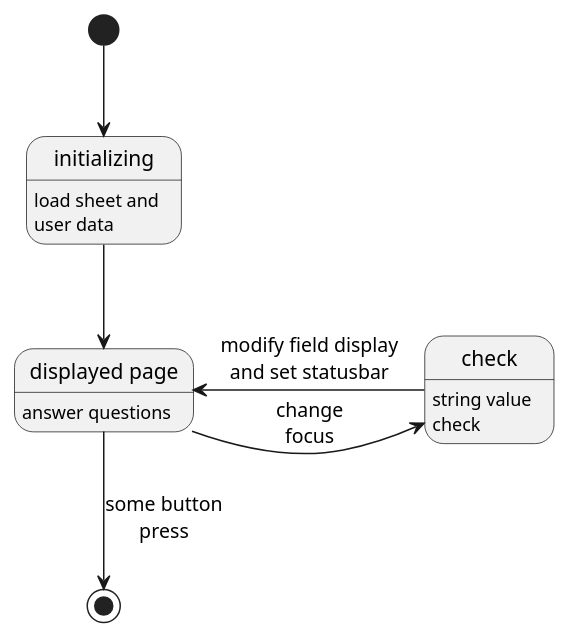
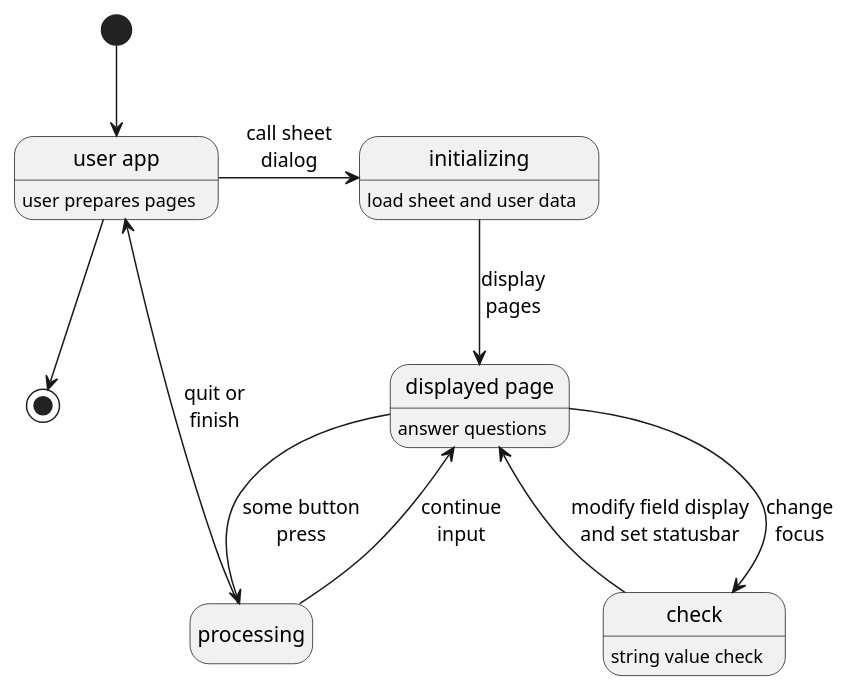
Before and after one commit to MARTIMM/question-answer: the first of 3 diagrams in doc/design.md, drawn with PlantUML. The commit also changed other lines of this file, not shown here.

````diff
--- a/doc/design.md
+++ b/doc/design.md
@@ -167,18 +167,24 @@
 ```plantuml
 @startuml
 hide empty description
 
+state "user app" as u: user prepares pages
+state "initializing" as i: load sheet and user data
 state "displayed page" as dp: answer questions
-state "initializing" as i: load sheet and\nuser data
+state "processing" as ip
 
-[*] --> i
+[*] --> u
 
-i --> dp
+u -> i: call sheet\ndialog
+i --> dp: display\npages
 
-dp -> check: change\nfocus
-check: string value\ncheck
+dp --> check: change\nfocus
+check: string value check
 check -> dp: modify field display\nand set statusbar
-dp --> [*]: some button\npress
+dp --> ip: some button\npress
+ip -> u: quit or\nfinish
+ip -> dp: continue\ninput
+u --> [*]
 
 @enduml
 ```
````
